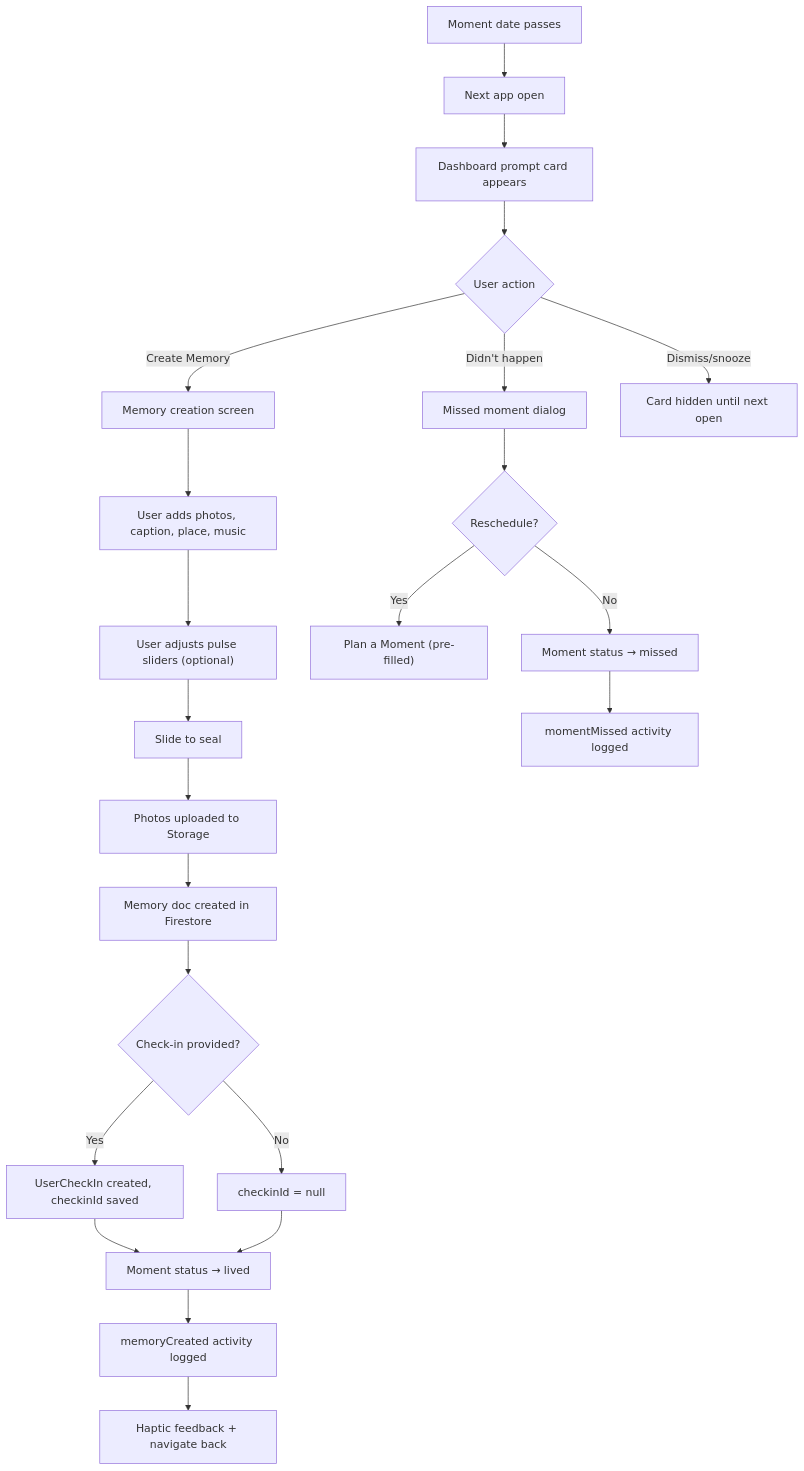
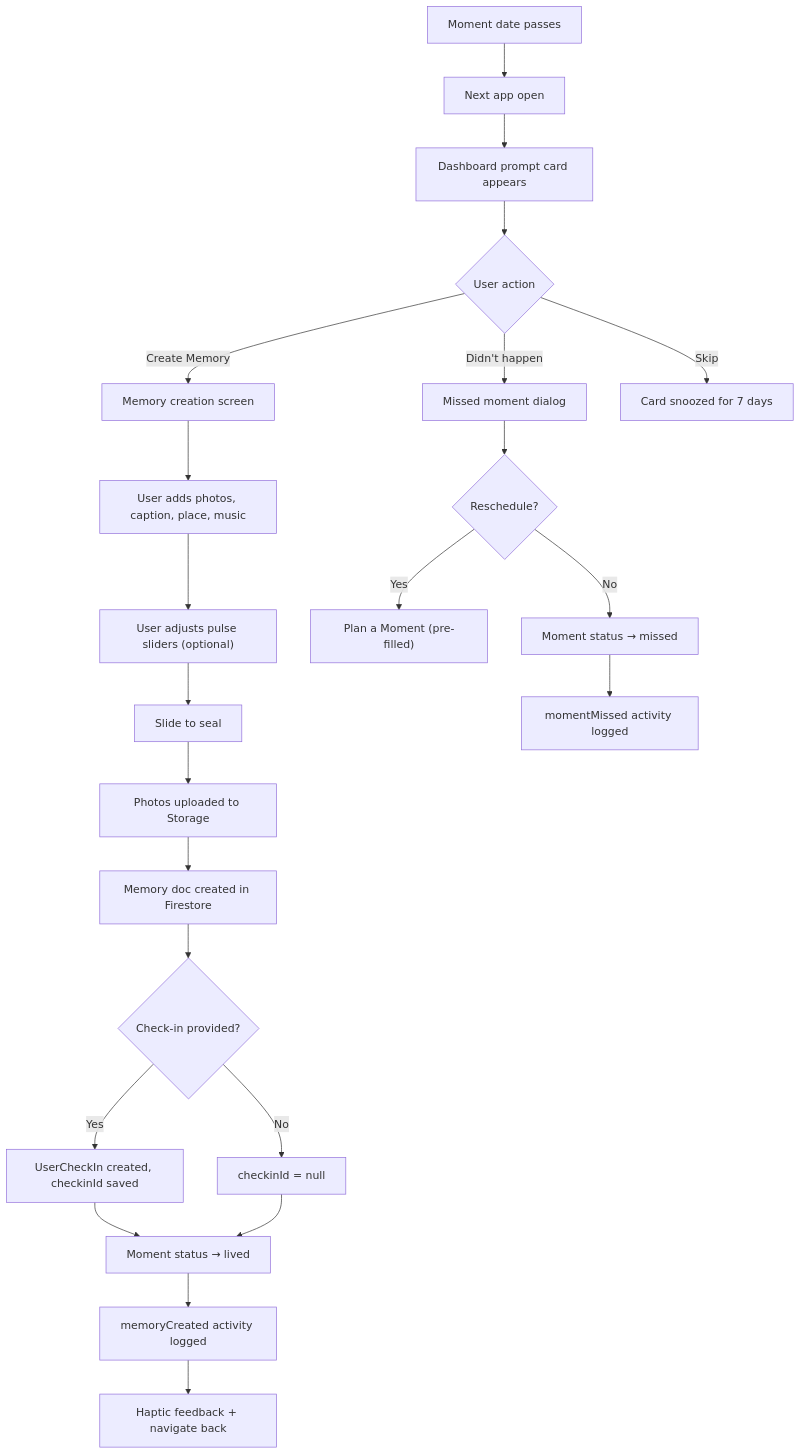
One commit to Ainesh/cocoon changed the third of 5 diagrams in docs/requirements/PRD-001-memories.md. Above: the diagram before and after it, drawn with Mermaid. The commit also changed other lines of this file and 17 other files, not shown here.

````diff
--- a/docs/requirements/PRD-001-memories.md
+++ b/docs/requirements/PRD-001-memories.md
@@ -473,25 +611,25 @@
 ```mermaid
 flowchart TD
     A["Moment date passes"] --> B["Next app open"]
     B --> C["Dashboard prompt card appears"]
     C --> D{"User action"}
     D -->|"Create Memory"| E["Memory creation screen"]
     D -->|"Didn't happen"| F["Missed moment dialog"]
-    D -->|"Dismiss/snooze"| G["Card hidden until next open"]
+    D -->|"Skip"| G["Card snoozed for 7 days"]
     E --> H["User adds photos, caption, place, music"]
     H --> I["User adjusts pulse sliders (optional)"]
     I --> J["Slide to seal"]
     J --> K["Photos uploaded to Storage"]
     K --> L["Memory doc created in Firestore"]
     L --> M{"Check-in provided?"}
     M -->|Yes| N["UserCheckIn created, checkinId saved"]
     M -->|No| O["checkinId = null"]
     N --> P["Moment status → lived"]
     O --> P
     P --> Q["memoryCreated activity logged"]
     Q --> R["Haptic feedback + navigate back"]
     F --> S{"Reschedule?"}
     S -->|Yes| T["Plan a Moment (pre-filled)"]
     S -->|No| U["Moment status → missed"]
     U --> V["momentMissed activity logged"]
 ```
````
